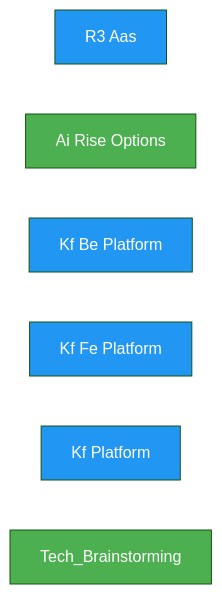
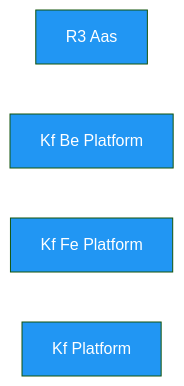
One commit to Katty-Fashion/kf-cpto changed the diagram in docs/dependency-graph.md. Above: the diagram before and after it, drawn with Mermaid (forest theme). The commit also changed other lines of this file and 9 other files, not shown here.

````diff
--- a/docs/dependency-graph.md
+++ b/docs/dependency-graph.md
@@ -10,13 +10,11 @@
 ```mermaid
 graph LR
     R3-AAS[R3 Aas]:::eu
-    ai-rise-options[Ai Rise Options]:::saas
     kf-be-platform[Kf Be Platform]:::eu
     kf-fe-platform[Kf Fe Platform]:::eu
     kf-platform[Kf Platform]:::eu
-    tech_brainstorming[Tech_Brainstorming]:::saas
 
     classDef saas fill:#4CAF50,color:#fff
     classDef eu fill:#2196F3,color:#fff
     classDef internal fill:#FF9800,color:#fff
 ```
````
